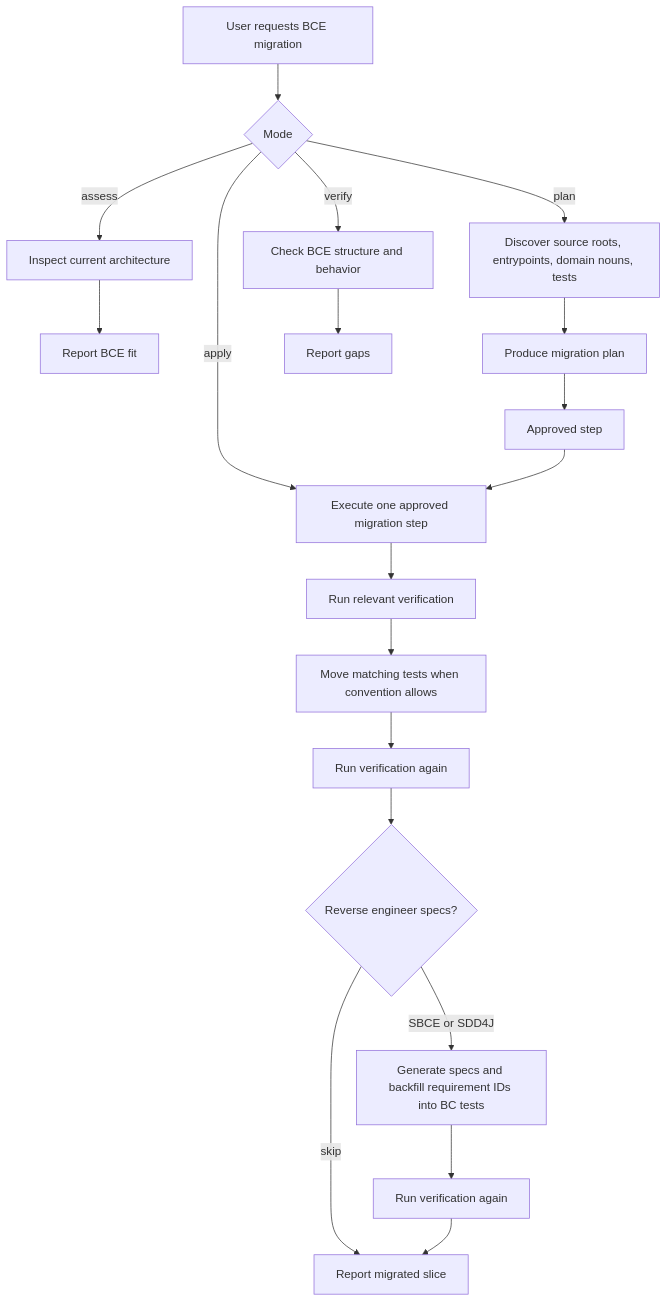
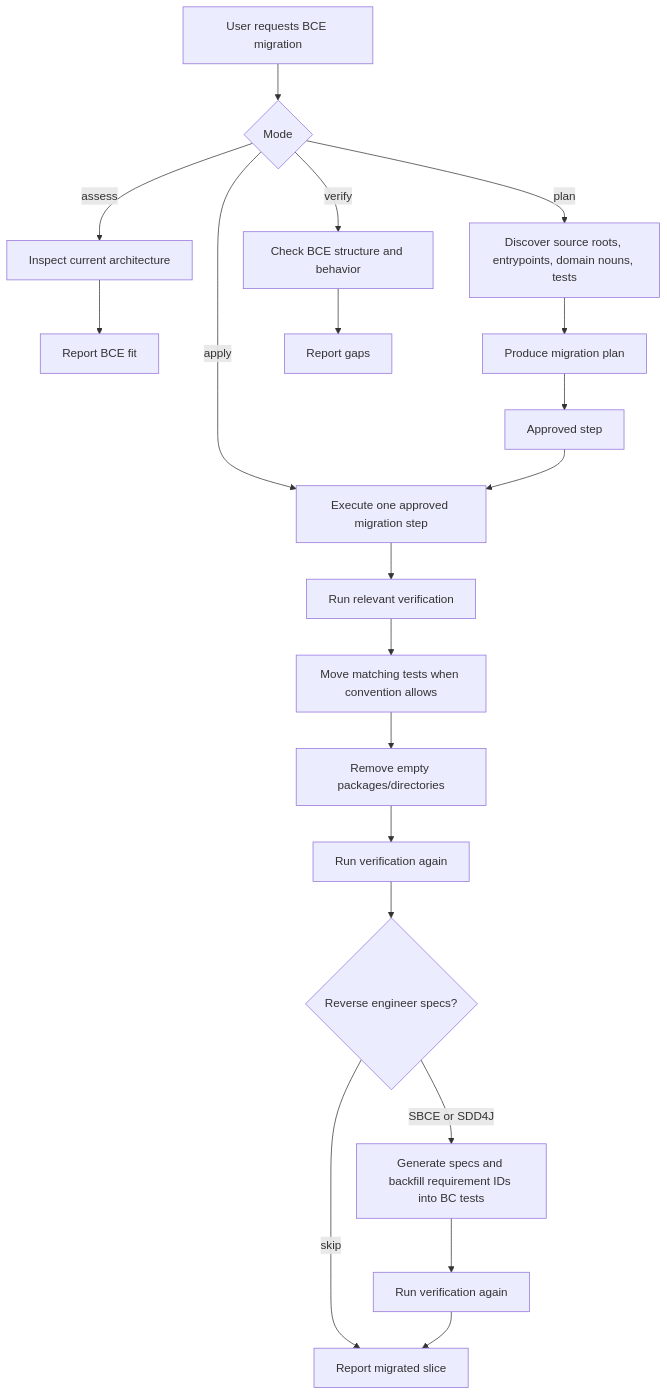
Before and after one commit to dearrudam/agent-skills-01: the first of 2 diagrams in skills/migrate-to-bce/README.md, drawn with Mermaid. The commit also changed other lines of this file and 1 other file, not shown here.

Commit message:
docs(migrate-to-bce): clean empty packages

````diff
--- a/skills/migrate-to-bce/README.md
+++ b/skills/migrate-to-bce/README.md
@@ -11,21 +11,22 @@
 ```mermaid
 flowchart TD
   A[User requests BCE migration] --> B{Mode}
   B -->|assess| C[Inspect current architecture]
   B -->|plan| D[Discover source roots, entrypoints, domain nouns, tests]
   B -->|apply| E[Execute one approved migration step]
   B -->|verify| F[Check BCE structure and behavior]
   C --> G[Report BCE fit]
   D --> H[Produce migration plan]
   H --> I[Approved step]
   I --> E
   E --> J[Run relevant verification]
   J --> K[Move matching tests when convention allows]
-  K --> L[Run verification again]
+  K --> R[Remove empty packages/directories]
+  R --> L[Run verification again]
   L --> N{Reverse engineer specs?}
   N -->|SBCE or SDD4J| O[Generate specs and backfill requirement IDs into BC tests]
   O --> P[Run verification again]
   N -->|skip| Q[Report migrated slice]
   P --> Q
   F --> M[Report gaps]
 ```
````
